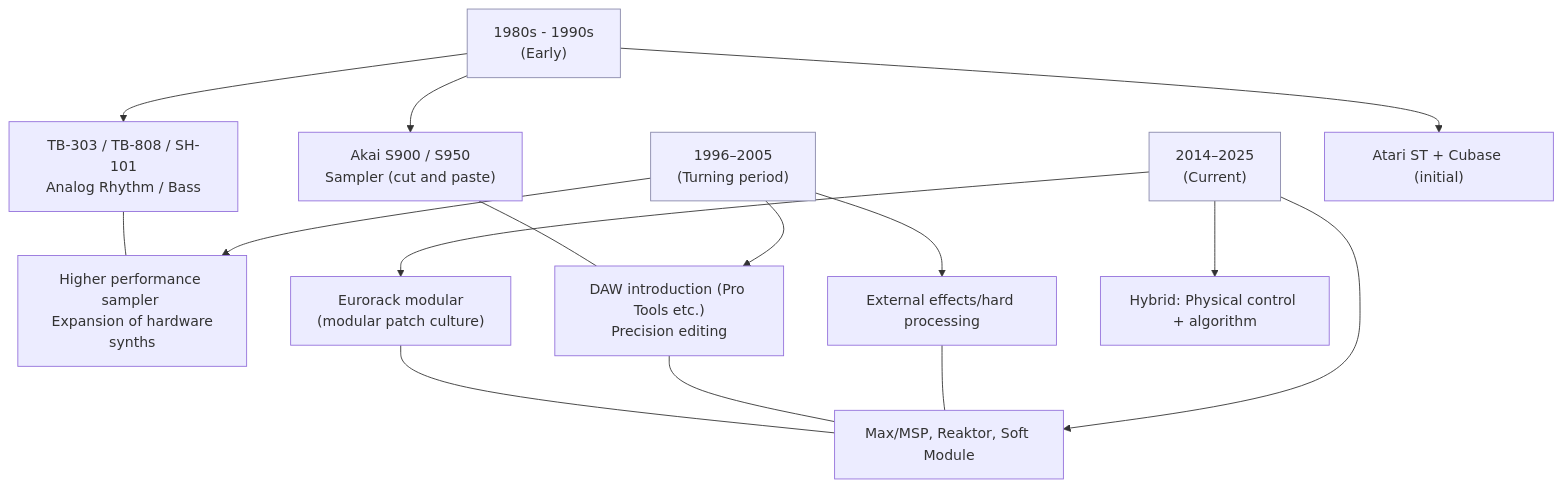
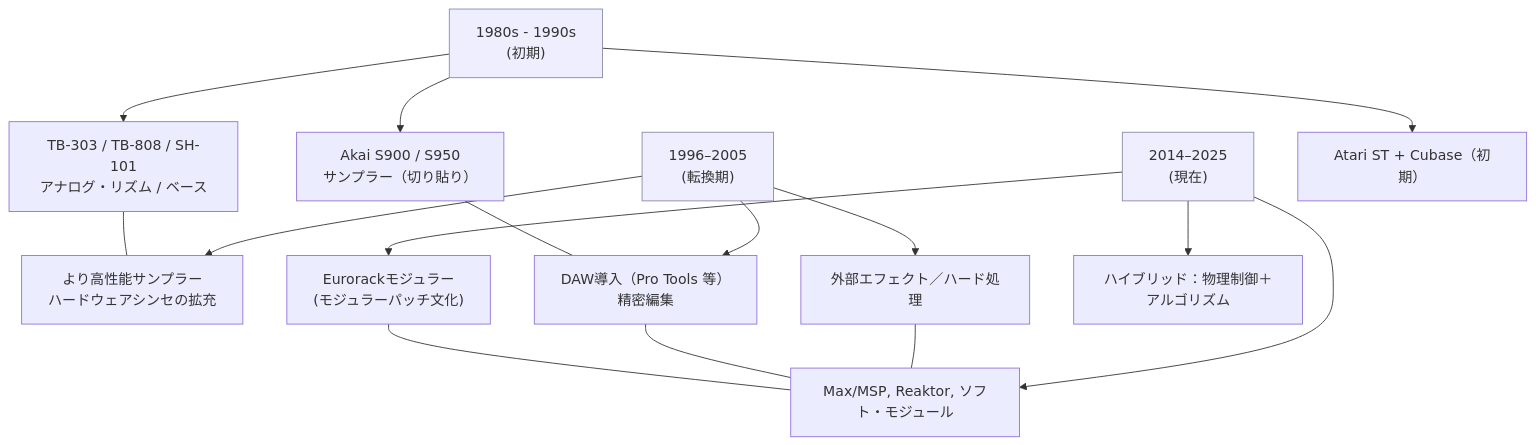
The third of 7 diagrams in en/_posts/2025-10-24-column-aphex_twin_evolution.md (monumental-movement/monumental-movement.github.io), drawn with Mermaid before and after one commit. The commit also changed other lines of this file and 775 other files, not shown here.

```diff
--- a/en/_posts/2025-10-24-column-aphex_twin_evolution.md
+++ b/en/_posts/2025-10-24-column-aphex_twin_evolution.md
@@ -284,34 +283,34 @@
 <div class="mermaid">
 
 flowchart TD
 
 
-  A["1980s - 1990s<br>(Early)"]
-  B["1996–2005<br>(Turning period)"]
-  C["2014–2025<br>(Current)"]
+  A["1980s - 1990s<br>(初期)"]
+  B["1996–2005<br>(転換期)"]
+  C["2014–2025<br>(現在)"]
 
-  A --> A1["TB-303 / TB-808 / SH-101<br>Analog Rhythm / Bass"]
-  A --> A2["Akai S900 / S950<br>Sampler (cut and paste)"]
-  A --> A3["Atari ST + Cubase (initial)"]
+  A --> A1["TB-303 / TB-808 / SH-101<br>アナログ・リズム / ベース"]
+  A --> A2["Akai S900 / S950<br>サンプラー（切り貼り）"]
+  A --> A3["Atari ST + Cubase（初期）"]
 
-  B --> B1["Higher performance sampler <br> Expansion of hardware synths"]
-  B --> B2["DAW introduction (Pro Tools etc.)<br>Precision editing"]
-  B --> B3["External effects/hard processing"]
+  B --> B1["より高性能サンプラー<br>ハードウェアシンセの拡充"]
+  B --> B2["DAW導入（Pro Tools 等）<br>精密編集"]
+  B --> B3["外部エフェクト／ハード処理"]
 
-  C --> C1["Eurorack modular<br>(modular patch culture)"]
-  C --> C2["Max/MSP, Reaktor, Soft Module"]
-  C --> C3["Hybrid: Physical control + algorithm"]
+  C --> C1["Eurorackモジュラー<br>(モジュラーパッチ文化)"]
+  C --> C2["Max/MSP, Reaktor, ソフト・モジュール"]
+  C --> C3["ハイブリッド：物理制御＋アルゴリズム"]
 
 
   A1 --- B1
   A2 --- B2
   B3 --- C2
   B2 --- C2
   C1 --- C2
 
 
   classDef era fill:#eef,stroke:#88a,stroke-width:1px;
   class A,B,C era;
 
 
 </div>
```
